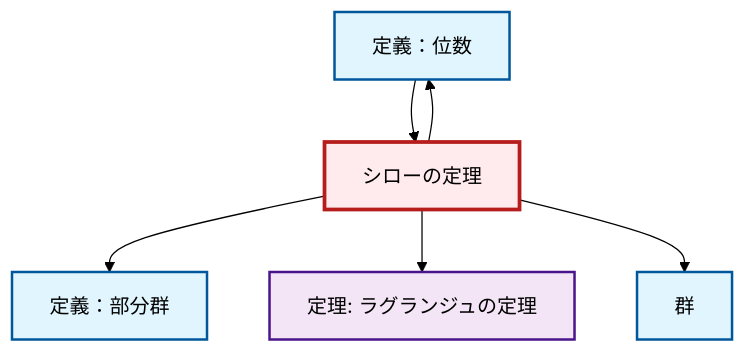
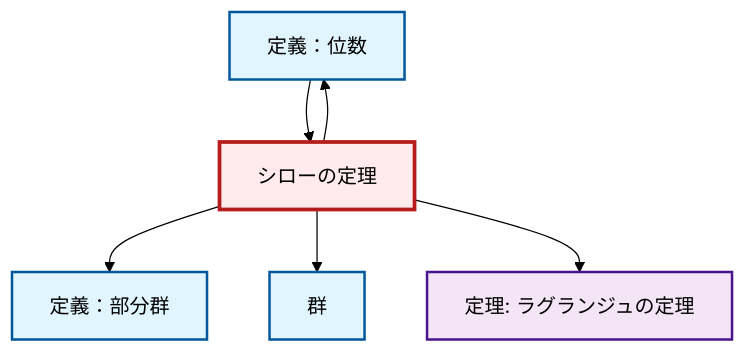
Before and after one commit to RK0429/ModernMath: the diagram in content/ja/algebra/thm-sylow.qmd, drawn with Mermaid (forest theme). The commit also changed other lines of this file and 328 other files, not shown here.

````diff
--- a/content/ja/algebra/thm-sylow.qmd
+++ b/content/ja/algebra/thm-sylow.qmd
@@ -86,24 +86,24 @@
 ```{mermaid}
 %%| fig-cap: "ローカル依存関係グラフ"
 graph TD
     classDef definition fill:#e1f5fe,stroke:#01579b,stroke-width:2px
     classDef theorem fill:#f3e5f5,stroke:#4a148c,stroke-width:2px
     classDef axiom fill:#fff3e0,stroke:#e65100,stroke-width:2px
     classDef example fill:#e8f5e9,stroke:#1b5e20,stroke-width:2px
     classDef current fill:#ffebee,stroke:#b71c1c,stroke-width:3px
+    def-order["定義：位数"]:::definition
     def-subgroup["定義：部分群"]:::definition
-    def-order["定義：位数"]:::definition
+    thm-lagrange["定理: ラグランジュの定理"]:::theorem
     def-group["群"]:::definition
-    thm-lagrange["定理: ラグランジュの定理"]:::theorem
     thm-sylow["シローの定理"]:::theorem
     thm-sylow --> def-subgroup
+    thm-sylow --> def-group
+    thm-sylow --> def-order
+    def-order --> thm-sylow
     thm-sylow --> thm-lagrange
-    thm-sylow --> def-group
-    def-order --> thm-sylow
-    thm-sylow --> def-order
     class thm-sylow current
+    click def-order "def-order.html" "定義：位数へ"
     click def-subgroup "def-subgroup.html" "定義：部分群へ"
-    click def-order "def-order.html" "定義：位数へ"
+    click thm-lagrange "thm-lagrange.html" "ラグランジュの定理の定理へ"
     click def-group "def-group.html" "群へ"
-    click thm-lagrange "thm-lagrange.html" "ラグランジュの定理の定理へ"
 ```
````
